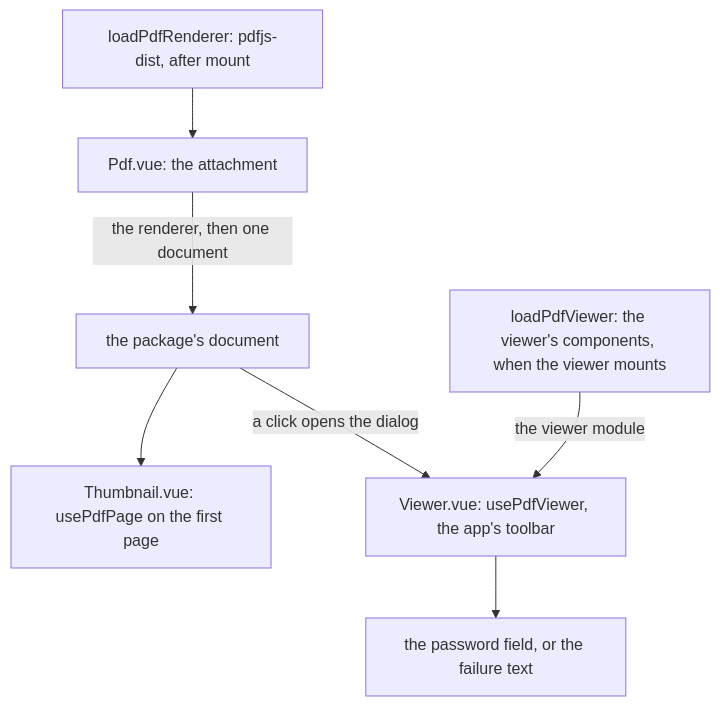
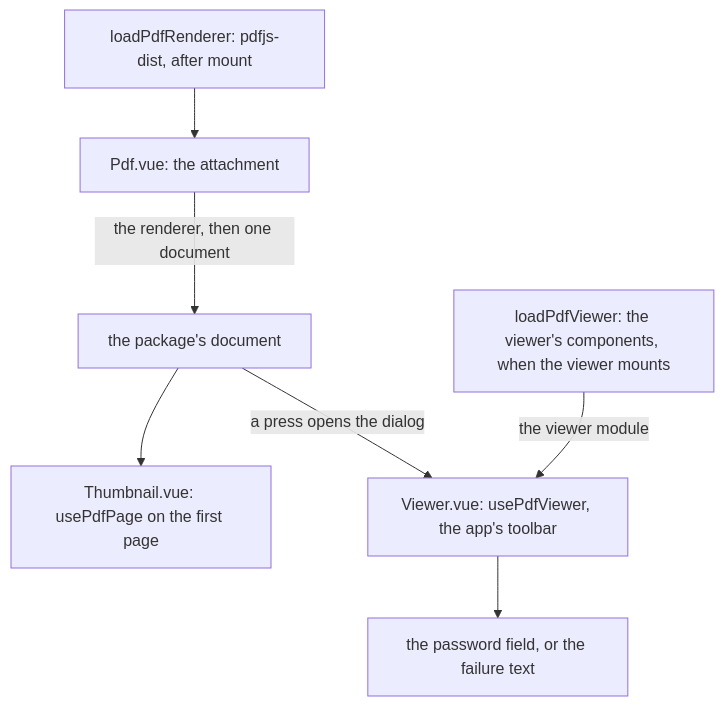
One commit to Esposter/Esposter changed the diagram in openspec/specs/architecture/pdf-viewer/design.md. Above: the diagram before and after it, drawn with Mermaid. The commit also changed other lines of this file and 3 other files, not shown here.

First line of the commit message:
fix(web): a PDF attachment keeps its document across a re-minted link and opens from the keyboard

````diff
--- a/openspec/specs/architecture/pdf-viewer/design.md
+++ b/openspec/specs/architecture/pdf-viewer/design.md
@@ -13,9 +13,9 @@
 ```mermaid
 flowchart TD
   loader["loadPdfRenderer: pdfjs-dist, after mount"] --> attachment["Pdf.vue: the attachment"]
   attachment -->|"the renderer, then one document"| document["the package's document"]
   document --> thumbnail["Thumbnail.vue: usePdfPage on the first page"]
-  document -->|"a click opens the dialog"| viewer["Viewer.vue: usePdfViewer, the app's toolbar"]
+  document -->|"a press opens the dialog"| viewer["Viewer.vue: usePdfViewer, the app's toolbar"]
   viewerLoader["loadPdfViewer: the viewer's components, when the viewer mounts"] -->|"the viewer module"| viewer
   viewer --> prompt["the password field, or the failure text"]
 ```
````
